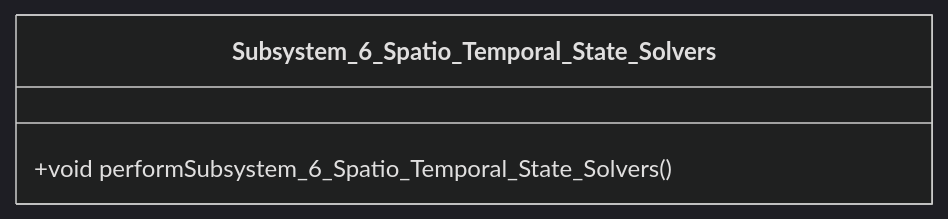
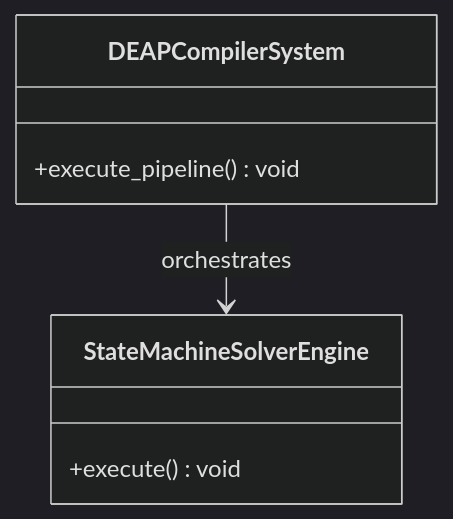
Before and after one commit to gintatkinson/dumpiler-01: the first of 2 diagrams in docs/epics/EPIC-08-Subsystem_6_Spatio_Temporal_State_Solvers.md, drawn with Mermaid (dark theme). The commit also changed other lines of this file and 90 other files, not shown here.

````diff
--- a/docs/epics/EPIC-08-Subsystem_6_Spatio_Temporal_State_Solvers.md
+++ b/docs/epics/EPIC-08-Subsystem_6_Spatio_Temporal_State_Solvers.md
@@ -30,6 +53,10 @@
 ```mermaid
 classDiagram
-    class Subsystem_6_Spatio_Temporal_State_Solvers {
-        +void performSubsystem_6_Spatio_Temporal_State_Solvers()
+    class DEAPCompilerSystem {
+        +execute_pipeline() void
     }
+    class StateMachineSolverEngine {
+        +execute() void
+    }
+    DEAPCompilerSystem --> StateMachineSolverEngine : orchestrates
 ```
````
